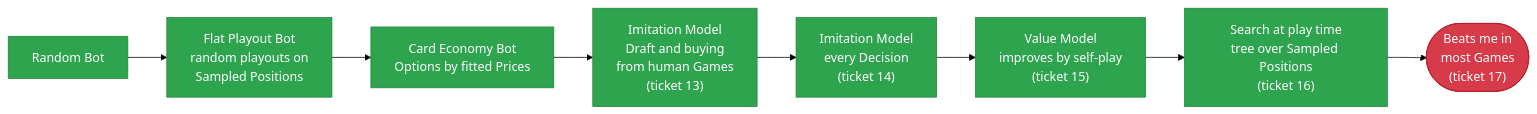
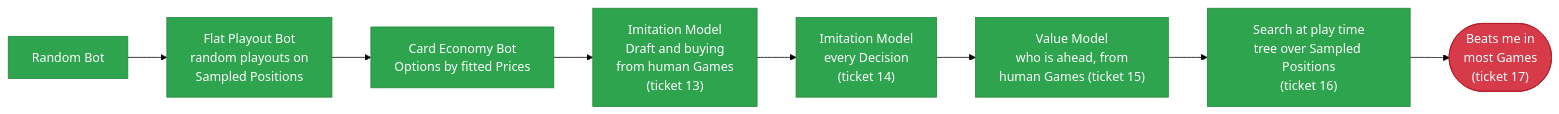
Before and after one commit to niels32167/tfm-with-bots: the seventh of 7 diagrams in README.md, drawn with Mermaid (forest theme). The commit also changed other lines of this file and 6 other files, not shown here.

First line of the commit message:
Ticket 16: code review fixes; the new Value Bot measured against the Imitation Bot (60.5%)

````diff
--- a/README.md
+++ b/README.md
@@ -413,13 +415,13 @@
 ```mermaid
 flowchart LR
     R["Random Bot"]:::done --> F["Flat Playout Bot<br/>random playouts on<br/>Sampled Positions"]:::done
     F --> C["Card Economy Bot<br/>Options by fitted Prices"]:::done
     C --> I["Imitation Model<br/>Draft and buying<br/>from human Games<br/>(ticket 13)"]:::done
     I --> I2["Imitation Model<br/>every Decision<br/>(ticket 14)"]:::done
-    I2 --> V["Value Model<br/>improves by self-play<br/>(ticket 15)"]:::done
+    I2 --> V["Value Model<br/>who is ahead, from<br/>human Games (ticket 15)"]:::done
     V --> S["Search at play time<br/>tree over Sampled Positions<br/>(ticket 16)"]:::done
     S --> H(["Beats me in<br/>most Games<br/>(ticket 17)"]):::goal
     classDef done fill:#2ea44f,color:#fff,stroke:#22863a
     classDef todo fill:#f6f8fa,stroke:#8b949e,stroke-dasharray: 5 5
     classDef goal fill:#d73a49,color:#fff,stroke:#b31d28
 ```
````
